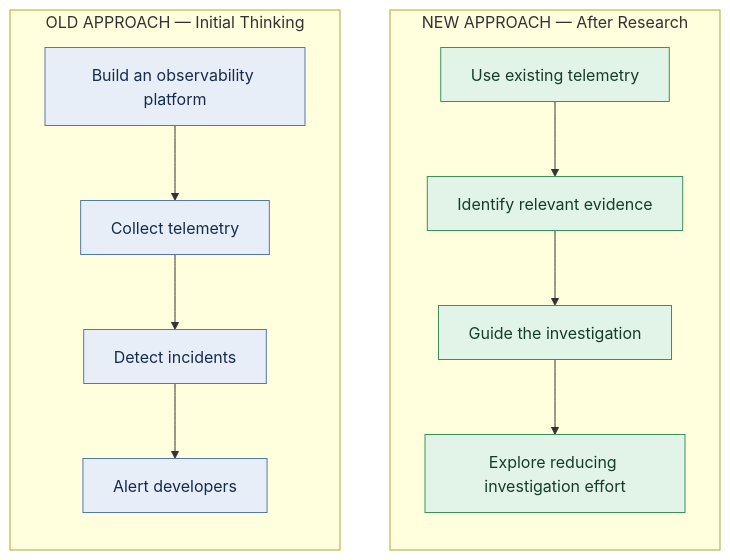
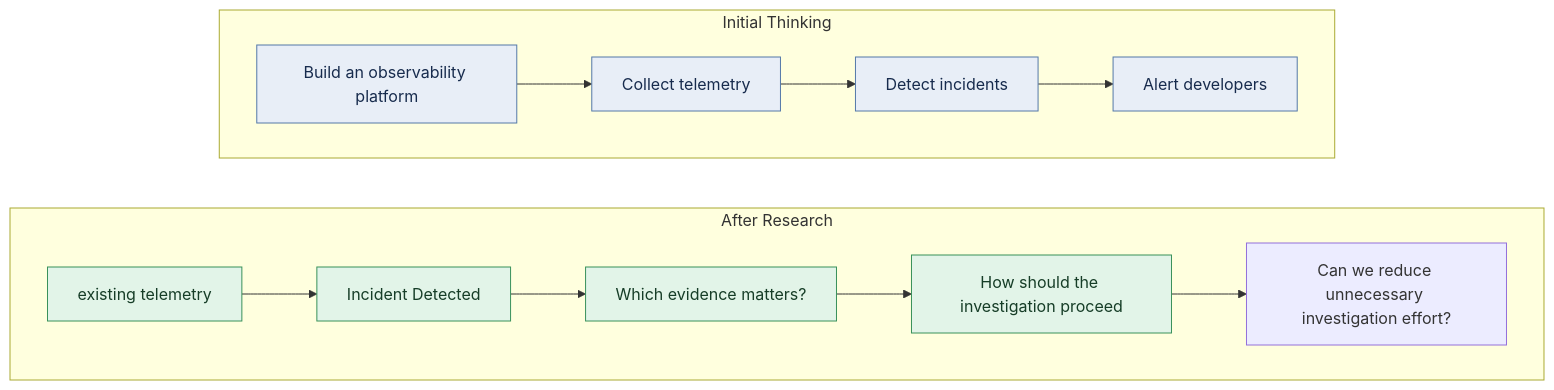
Before and after one commit to TechieWebAI/incident-investigation-research: the fourth of 4 diagrams in README.md, drawn with Mermaid. The commit also changed other lines of this file, not shown here.

Commit message:
docs: add incident investigation research

````diff
--- a/README.md
+++ b/README.md
@@ -585,28 +618,27 @@
 ```mermaid
-flowchart LR
-    subgraph OLD["OLD APPROACH — Initial Thinking"]
-        direction TB
+flowchart TB
+    subgraph OLD["Initial Thinking"]
         A["Build an observability platform"]
         B["Collect telemetry"]
         C["Detect incidents"]
         D["Alert developers"]
         A --> B --> C --> D
     end
 
-    subgraph NEW["NEW APPROACH — After Research"]
-        direction TB
-        E["Use existing telemetry"]
-        F["Identify relevant evidence"]
-        G["Guide the investigation"]
-        H["Explore reducing investigation effort"]
-        E --> F --> G --> H
+    subgraph NEW["After Research"]
+        E["existing telemetry"]
+        F["Incident Detected"]
+        G["Which evidence matters?"]
+        H["How should the investigation proceed"]
+        I["Can we reduce unnecessary investigation effort?"]
+        E --> F --> G --> H --> I
     end
 
     OLD ~~~ NEW
 
     classDef initial fill:#e8eef7,stroke:#5479a8,color:#172b4d
     classDef research fill:#e2f4e8,stroke:#39915b,color:#163d27
 
     class A,B,C,D initial
     class E,F,G,H research
 ```
````
